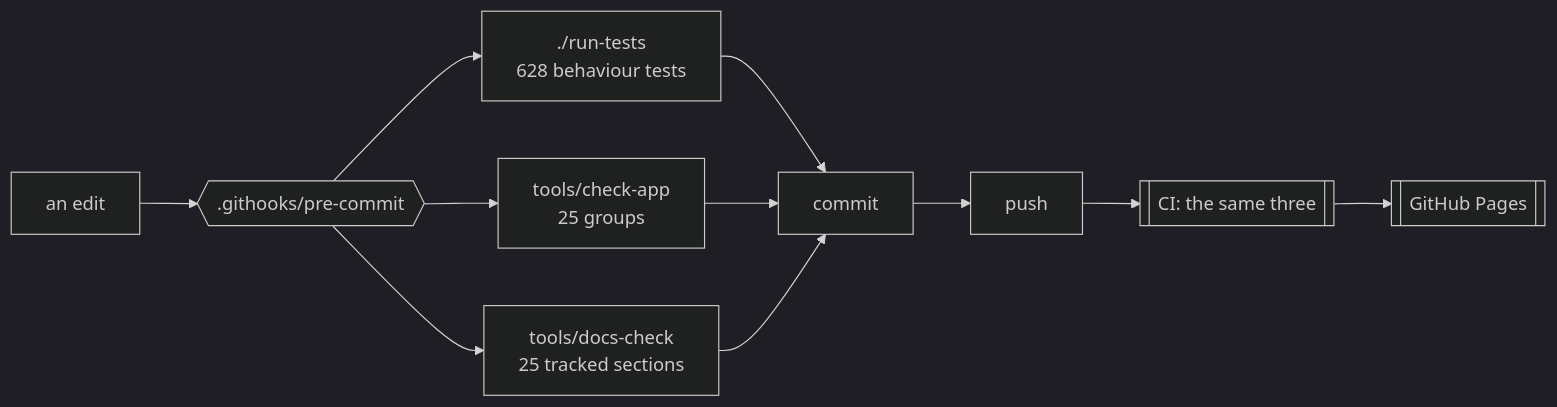
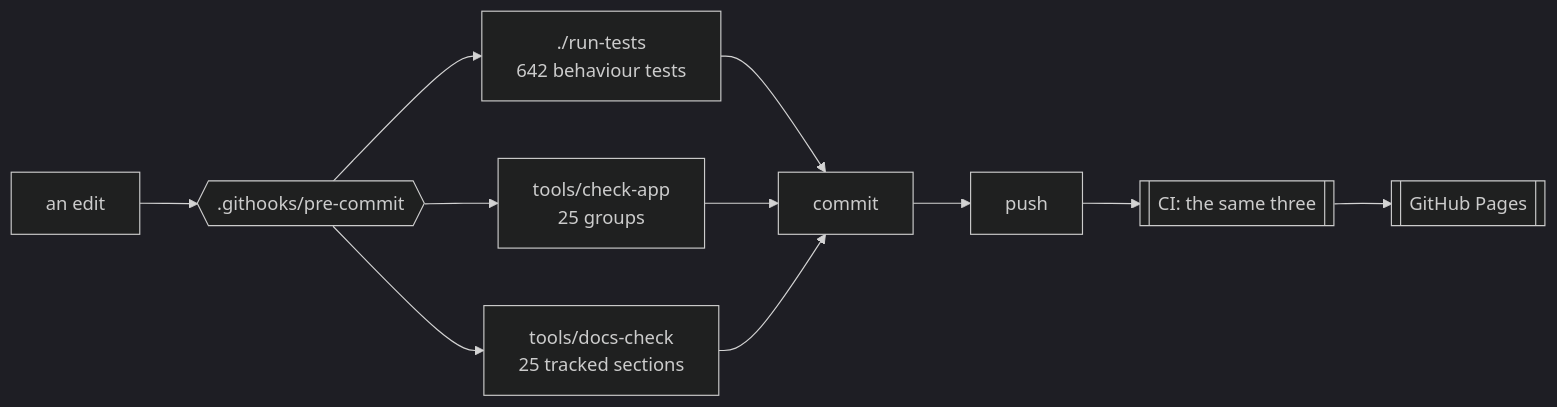
Before and after one commit to minormending/crystal-pilot-mobile: the first of 2 diagrams in docs/DEVELOPING.md, drawn with Mermaid (dark theme). The commit also changed other lines of this file and 8 other files, not shown here.

````diff
--- a/docs/DEVELOPING.md
+++ b/docs/DEVELOPING.md
@@ -15,12 +15,12 @@
 ```mermaid
 flowchart LR
     E[an edit] --> H{{".githooks/pre-commit"}}
-    H --> T["./run-tests<br/>628 behaviour tests"]
+    H --> T["./run-tests<br/>642 behaviour tests"]
     H --> C["tools/check-app<br/>25 groups"]
     H --> D["tools/docs-check<br/>25 tracked sections"]
     T --> OK[commit]
     C --> OK
     D --> OK
     OK --> P[push] --> CI[["CI: the same three"]]
     CI --> PG[[GitHub Pages]]
 ```
````
